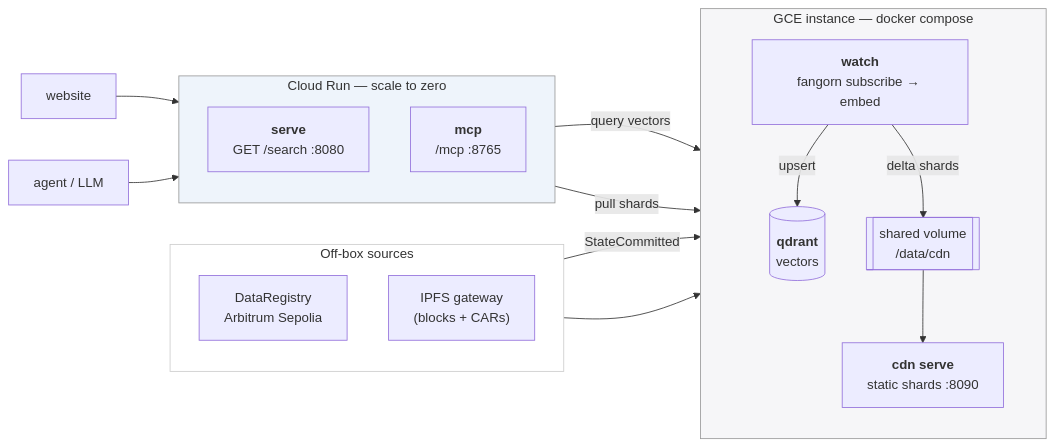
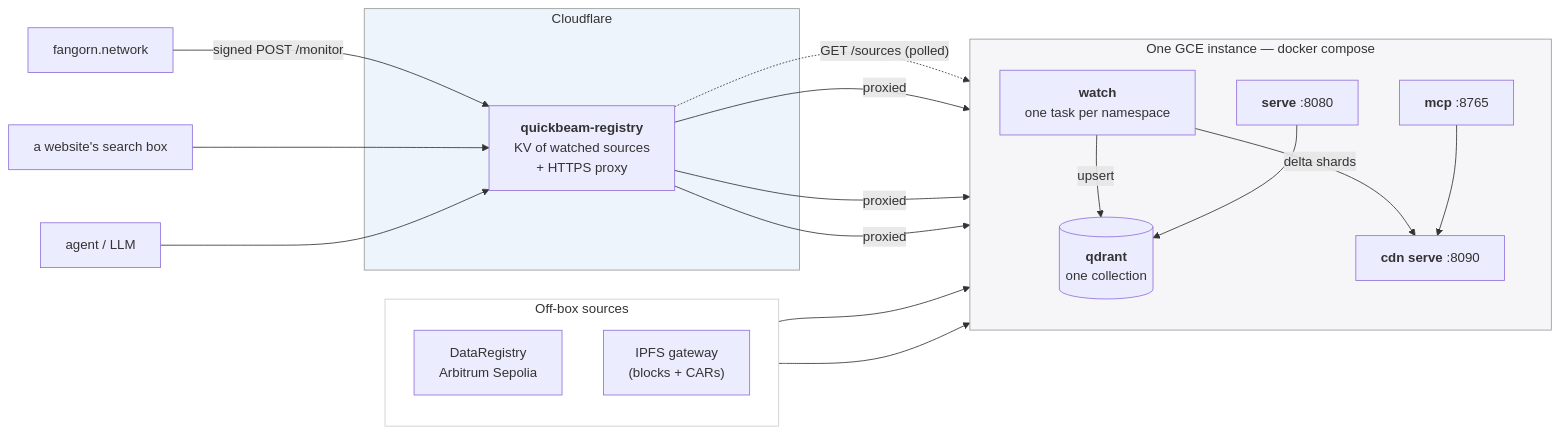
One commit to fangorn-network/quickbeam changed the first of 2 diagrams in DOCKER-README.md. Above: the diagram before and after it, drawn with Mermaid. The commit also changed other lines of this file and 12 other files, not shown here.

````diff
--- a/DOCKER-README.md
+++ b/DOCKER-README.md
@@ -14,36 +11,39 @@
 ```mermaid
 flowchart LR
     subgraph chain["Off-box sources"]
         direction TB
         DR["DataRegistry<br/>Arbitrum Sepolia"]
         IPFS["IPFS gateway<br/>(blocks + CARs)"]
     end
 
-    subgraph vm["GCE instance — docker compose"]
-        direction TB
-        W["<b>watch</b><br/>fangorn subscribe → embed"]
-        Q[("<b>qdrant</b><br/>vectors")]
-        C["<b>cdn serve</b><br/>static shards :8090"]
-        V[["shared volume<br/>/data/cdn"]]
-        W -->|upsert| Q
-        W -->|delta shards| V
-        V --> C
+    subgraph cf["Cloudflare"]
+        REG["<b>quickbeam-registry</b><br/>KV of watched sources<br/>+ HTTPS proxy"]
     end
 
-    subgraph cr["Cloud Run — scale to zero"]
+    subgraph vm["One GCE instance — docker compose"]
         direction TB
-        S["<b>serve</b><br/>GET /search :8080"]
-        M["<b>mcp</b><br/>/mcp :8765"]
+        W["<b>watch</b><br/>one task per namespace"]
+        Q[("<b>qdrant</b><br/>one collection")]
+        C["<b>cdn serve</b> :8090"]
+        S["<b>serve</b> :8080"]
+        M["<b>mcp</b> :8765"]
+        W -->|upsert| Q
+        W -->|delta shards| C
+        S --> Q
+        M --> C
     end
 
-    DR -->|StateCommitted| W
+    Website["fangorn.network"] -->|"signed POST /monitor"| REG
+    REG -.->|"GET /sources (polled)"| W
+    DR --> W
     IPFS --> W
-    S -->|query vectors| Q
-    M -->|pull shards| C
-    Browser["website"] --> S
-    Agent["agent / LLM"] --> M
+    Browser["a website's search box"] --> REG
+    Agent["agent / LLM"] --> REG
+    REG -->|proxied| S
+    REG -->|proxied| C
+    REG -->|proxied| M
 
     style vm fill:#f6f6f8,stroke:#999
-    style cr fill:#eef4fb,stroke:#999
+    style cf fill:#eef4fb,stroke:#999
     style chain fill:#fff,stroke:#ccc
 ```
````
